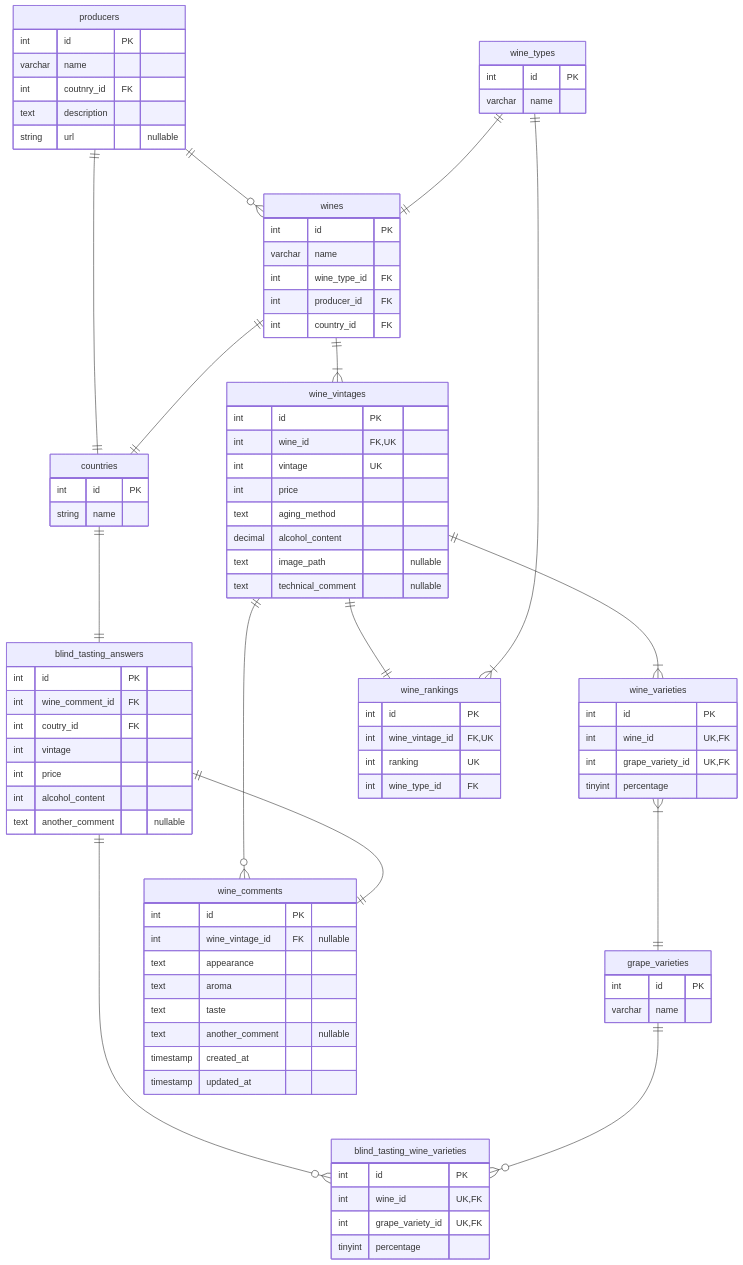
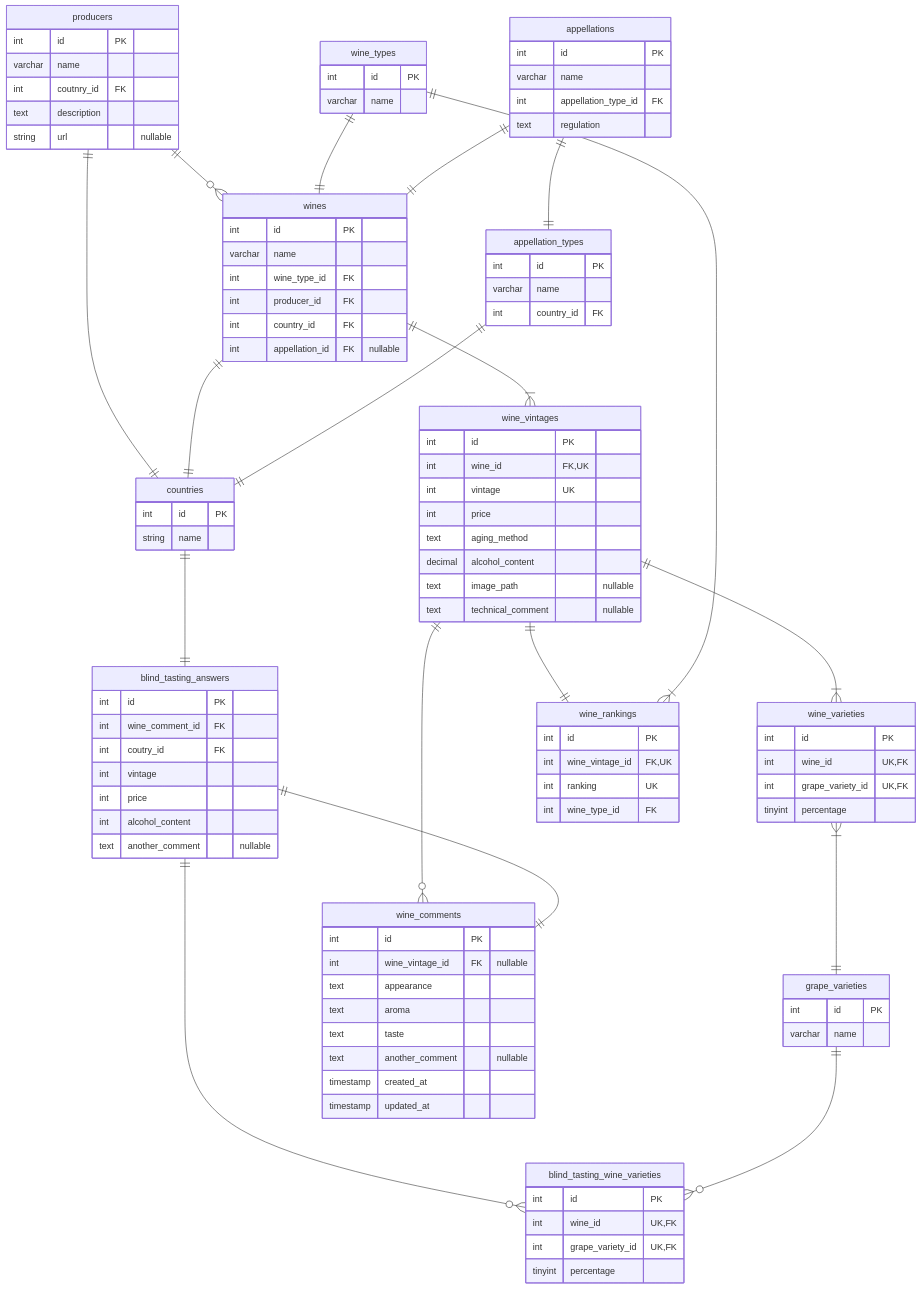
One commit to cork03/tastingNote changed the diagram in api/architecture/er.md. Above: the diagram before and after it, drawn with Mermaid. The commit also changed 35 other files, not shown here.

````diff
--- a/api/architecture/er.md
+++ b/api/architecture/er.md
@@ -14,6 +14,7 @@
         int wine_type_id FK
         int producer_id FK
         int country_id FK
+        int appellation_id FK "nullable"
     }
     
     wine_types {
@@ -83,6 +84,19 @@
         int ranking UK
         int wine_type_id FK
     }
+
+    appellations {
+        int id PK
+        varchar name
+        int appellation_type_id FK
+        text regulation 
+    }
+
+    appellation_types {
+        int id PK
+        varchar name
+        int country_id FK
+    }
     
     producers ||--o{ wines : ""
     producers ||--|| countries : ""
@@ -98,4 +112,7 @@
     grape_varieties ||--o{ blind_tasting_wine_varieties : ""
     wine_vintages ||--|| wine_rankings : ""
     wine_types ||--|{ wine_rankings : ""
+    appellations ||--|| appellation_types : ""
+    appellations ||--|| wines : ""
+    appellation_types ||--|| countries : ""
 ```
````
